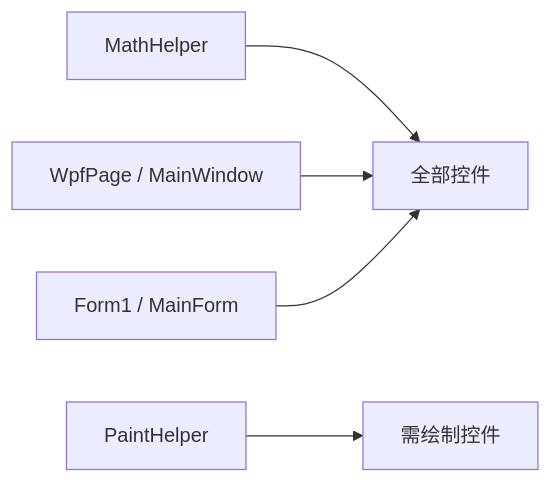
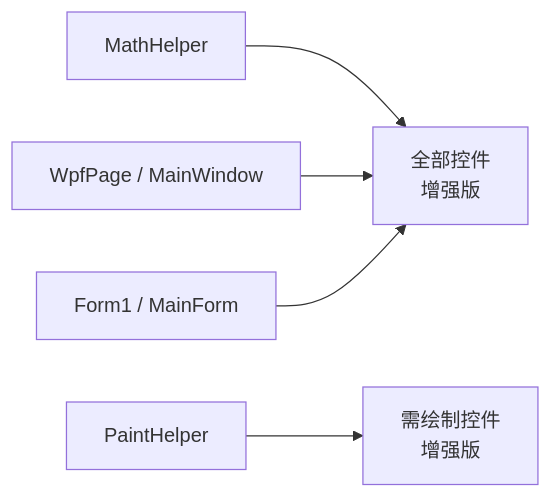
One commit to fuweiq94-cloud/3399180760 changed the ninth of 9 diagrams in .qoder/repowiki/zh/content/API参考文档/控件库API.md. Above: the diagram before and after it, drawn with Mermaid. The commit also changed other lines of this file and 22 other files, not shown here.

````diff
--- a/.qoder/repowiki/zh/content/API参考文档/控件库API.md
+++ b/.qoder/repowiki/zh/content/API参考文档/控件库API.md
@@ -429,7 +472,7 @@
 ```mermaid
 graph LR
-Math["MathHelper"] --> All["全部控件"]
-Paint["PaintHelper"] --> Drawn["需绘制控件"]
+Math["MathHelper"] --> All["全部控件<br/>增强版"]
+Paint["PaintHelper"] --> Drawn["需绘制控件<br/>增强版"]
 WPF["WpfPage / MainWindow"] --> All
 WF["Form1 / MainForm"] --> All
 ```
````
